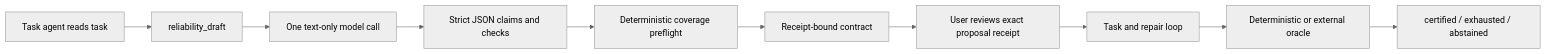
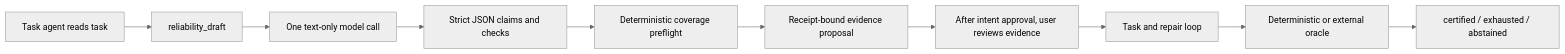
The diagram in docs/CONTRACT_AUTHORING.md (chenjie1129/deepseek-harness-reliability-governor), drawn with Mermaid (neutral theme) before and after one commit. The commit also changed other lines of this file and 29 other files, not shown here.

Commit message:
feat: add two-stage intent and evidence review

````diff
--- a/docs/CONTRACT_AUTHORING.md
+++ b/docs/CONTRACT_AUTHORING.md
@@ -19,12 +19,12 @@
 ```mermaid
 flowchart LR
   A[Task agent reads task] --> B[reliability_draft]
   B --> C[One text-only model call]
   C --> D[Strict JSON claims and checks]
   D --> E[Deterministic coverage preflight]
-  E --> F[Receipt-bound contract]
-  F --> R[User reviews exact proposal receipt]
+  E --> F[Receipt-bound evidence proposal]
+  F --> R[After intent approval, user reviews evidence]
   R --> G[Task and repair loop]
   G --> H[Deterministic or external oracle]
   H --> I[certified / exhausted / abstained]
 ```
````
